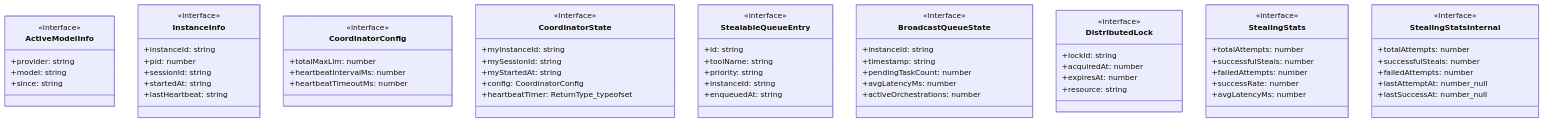
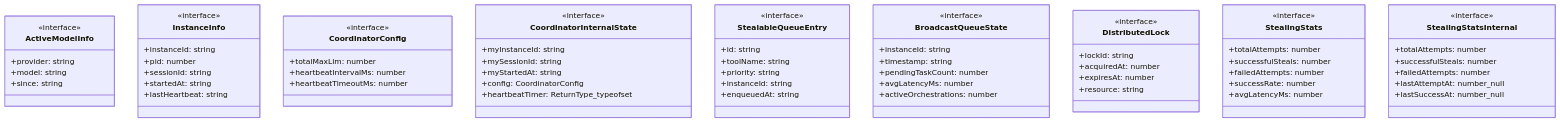
Before and after one commit to Mekann2904/mekann: the first of 4 diagrams in ABDD/.pi/lib/cross-instance-coordinator.md, drawn with Mermaid. The commit also changed other lines of this file and 136 other files, not shown here.

````diff
--- a/ABDD/.pi/lib/cross-instance-coordinator.md
+++ b/ABDD/.pi/lib/cross-instance-coordinator.md
@@ -75,70 +76,70 @@
 ```mermaid
 classDiagram
   class ActiveModelInfo {
     <<interface>>
     +provider: string
     +model: string
     +since: string
   }
   class InstanceInfo {
     <<interface>>
     +instanceId: string
     +pid: number
     +sessionId: string
     +startedAt: string
     +lastHeartbeat: string
   }
   class CoordinatorConfig {
     <<interface>>
     +totalMaxLlm: number
     +heartbeatIntervalMs: number
     +heartbeatTimeoutMs: number
   }
-  class CoordinatorState {
+  class CoordinatorInternalState {
     <<interface>>
     +myInstanceId: string
     +mySessionId: string
     +myStartedAt: string
     +config: CoordinatorConfig
     +heartbeatTimer: ReturnType_typeofset
   }
   class StealableQueueEntry {
     <<interface>>
     +id: string
     +toolName: string
     +priority: string
     +instanceId: string
     +enqueuedAt: string
   }
   class BroadcastQueueState {
     <<interface>>
     +instanceId: string
     +timestamp: string
     +pendingTaskCount: number
     +avgLatencyMs: number
     +activeOrchestrations: number
   }
   class DistributedLock {
     <<interface>>
     +lockId: string
     +acquiredAt: number
     +expiresAt: number
     +resource: string
   }
   class StealingStats {
     <<interface>>
     +totalAttempts: number
     +successfulSteals: number
     +failedAttempts: number
     +successRate: number
     +avgLatencyMs: number
   }
   class StealingStatsInternal {
     <<interface>>
     +totalAttempts: number
     +successfulSteals: number
     +failedAttempts: number
     +lastAttemptAt: number_null
     +lastSuccessAt: number_null
   }
 ```
````
